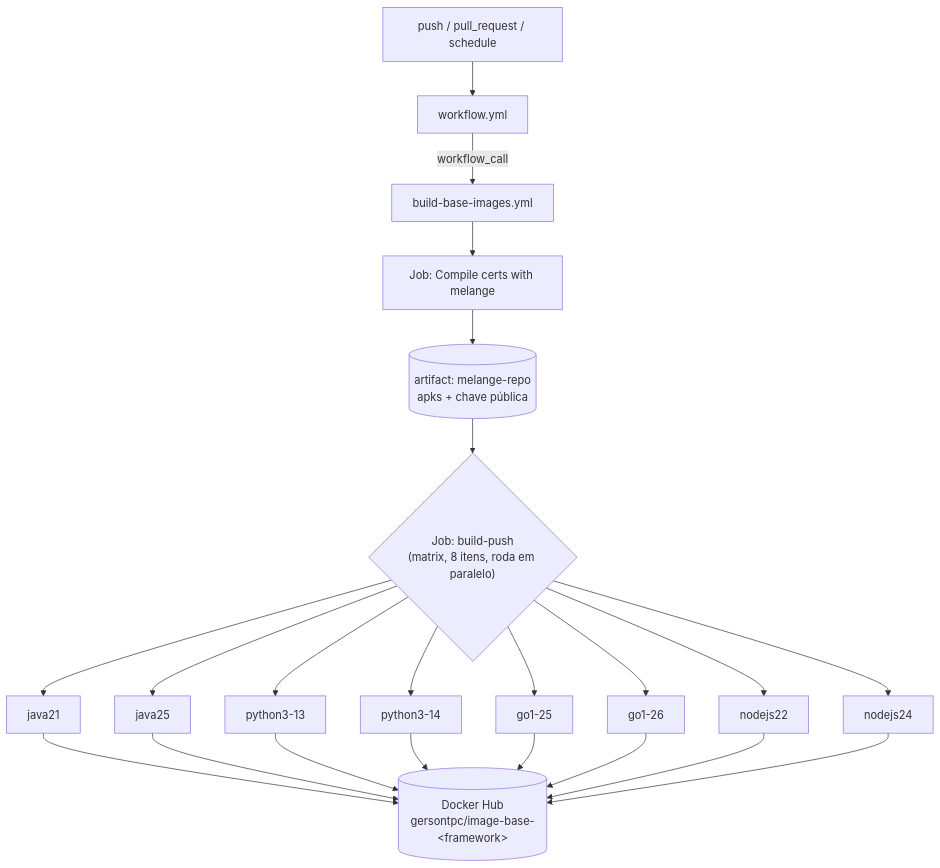
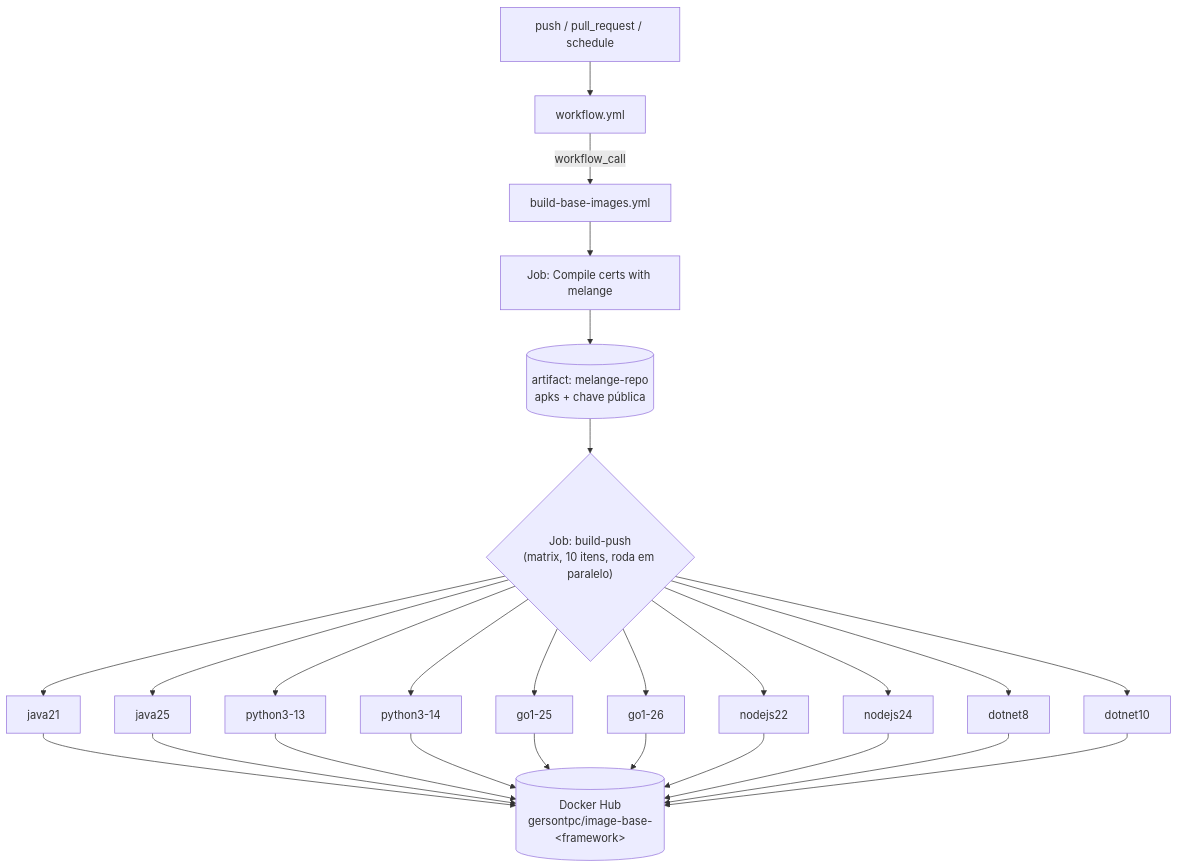
The third of 4 diagrams in README.md (gersontpc/image-base), drawn with Mermaid before and after one commit. The commit also changed other lines of this file and 4 other files, not shown here.

````diff
--- a/README.md
+++ b/README.md
@@ -90,20 +95,22 @@
 ```mermaid
 flowchart TD
     T["push / pull_request / schedule"] --> W["workflow.yml"]
     W -- "workflow_call" --> R["build-base-images.yml"]
 
     R --> M["Job: Compile certs with melange"]
     M --> AR[("artifact: melange-repo<br/>apks + chave pública")]
 
-    AR --> X{"Job: build-push<br/>(matrix, 8 itens, roda em paralelo)"}
+    AR --> X{"Job: build-push<br/>(matrix, 10 itens, roda em paralelo)"}
     X --> J1["java21"]
     X --> J2["java25"]
     X --> J3["python3-13"]
     X --> J4["python3-14"]
     X --> J5["go1-25"]
     X --> J6["go1-26"]
     X --> J7["nodejs22"]
     X --> J8["nodejs24"]
+    X --> J9["dotnet8"]
+    X --> J10["dotnet10"]
 
-    J1 & J2 & J3 & J4 & J5 & J6 & J7 & J8 --> DH[("Docker Hub<br/>gersontpc/image-base-&lt;framework&gt;")]
+    J1 & J2 & J3 & J4 & J5 & J6 & J7 & J8 & J9 & J10 --> DH[("Docker Hub<br/>gersontpc/image-base-&lt;framework&gt;")]
 ```
````
